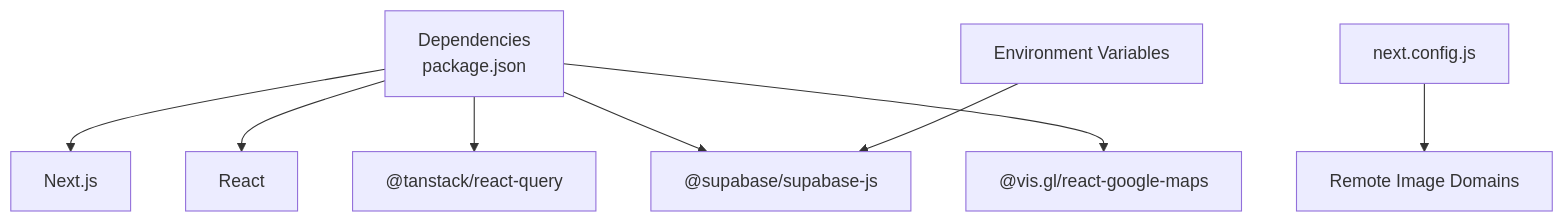
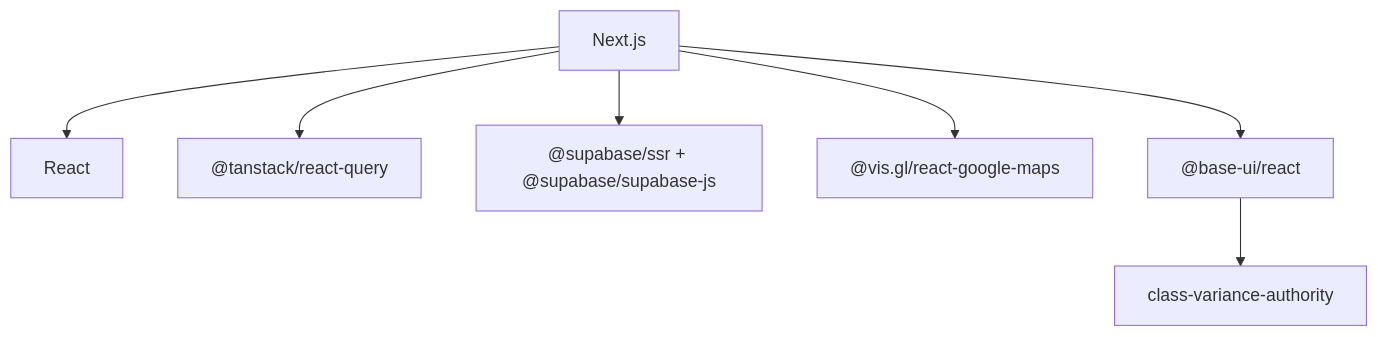
One commit to Meaetin/alibaba-hackathon changed the ninth of 9 diagrams in .qoder/repowiki/en/content/Architecture Overview/Architecture Overview.md. Above: the diagram before and after it, drawn with Mermaid. The commit also changed other lines of this file and 241 other files, not shown here.

````diff
--- a/.qoder/repowiki/en/content/Architecture Overview/Architecture Overview.md
+++ b/.qoder/repowiki/en/content/Architecture Overview/Architecture Overview.md
@@ -254,10 +276,16 @@
 ```mermaid
 graph TB
-Pkg["Dependencies<br/>package.json"] --> Next["Next.js"]
-Pkg --> React["React"]
-Pkg --> Query["@tanstack/react-query"]
-Pkg --> Supabase["@supabase/supabase-js"]
-Pkg --> Maps["@vis.gl/react-google-maps"]
-Config["next.config.js"] --> Images["Remote Image Domains"]
-Env["Environment Variables"] --> Supabase
+Next["Next.js"]
+React["React"]
+RQ["@tanstack/react-query"]
+SB["@supabase/ssr + @supabase/supabase-js"]
+Maps["@vis.gl/react-google-maps"]
+Base["@base-ui/react"]
+CVA["class-variance-authority"]
+Next --> React
+Next --> RQ
+Next --> SB
+Next --> Maps
+Next --> Base
+Base --> CVA
 ```
````
